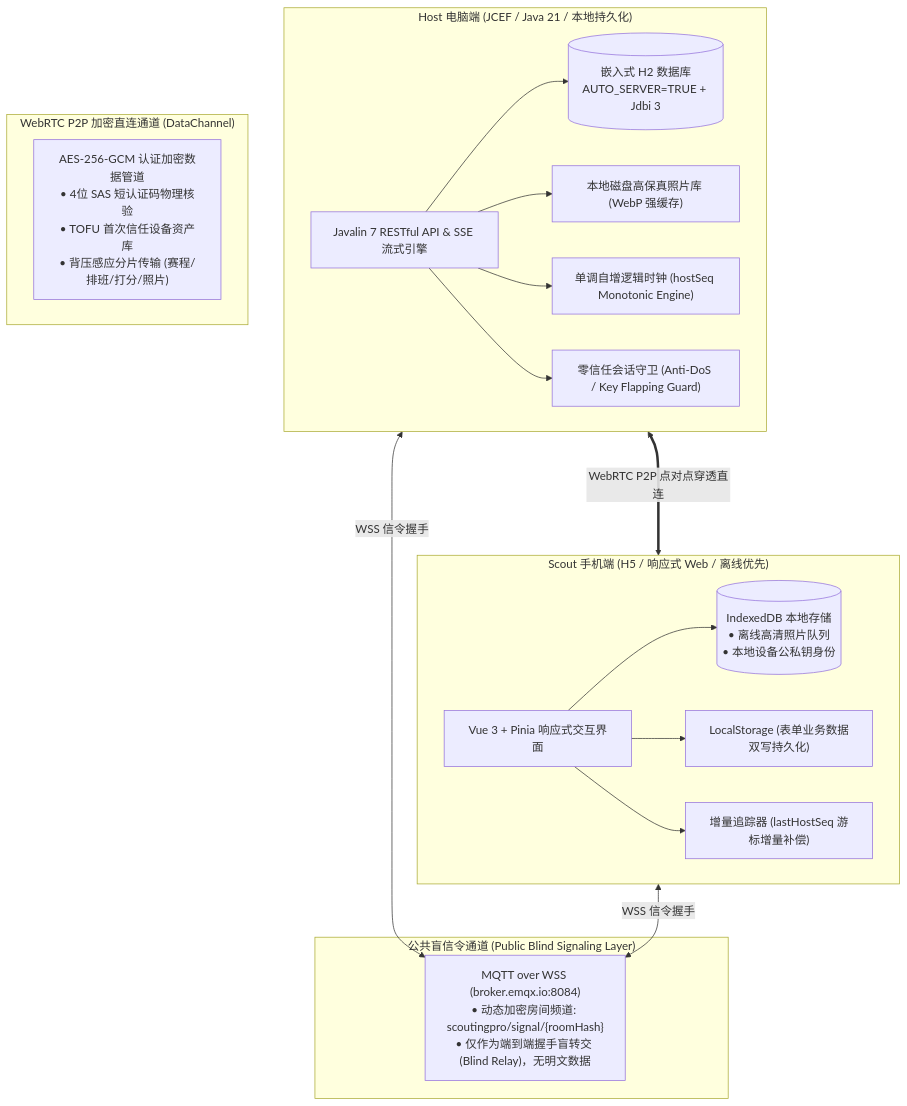
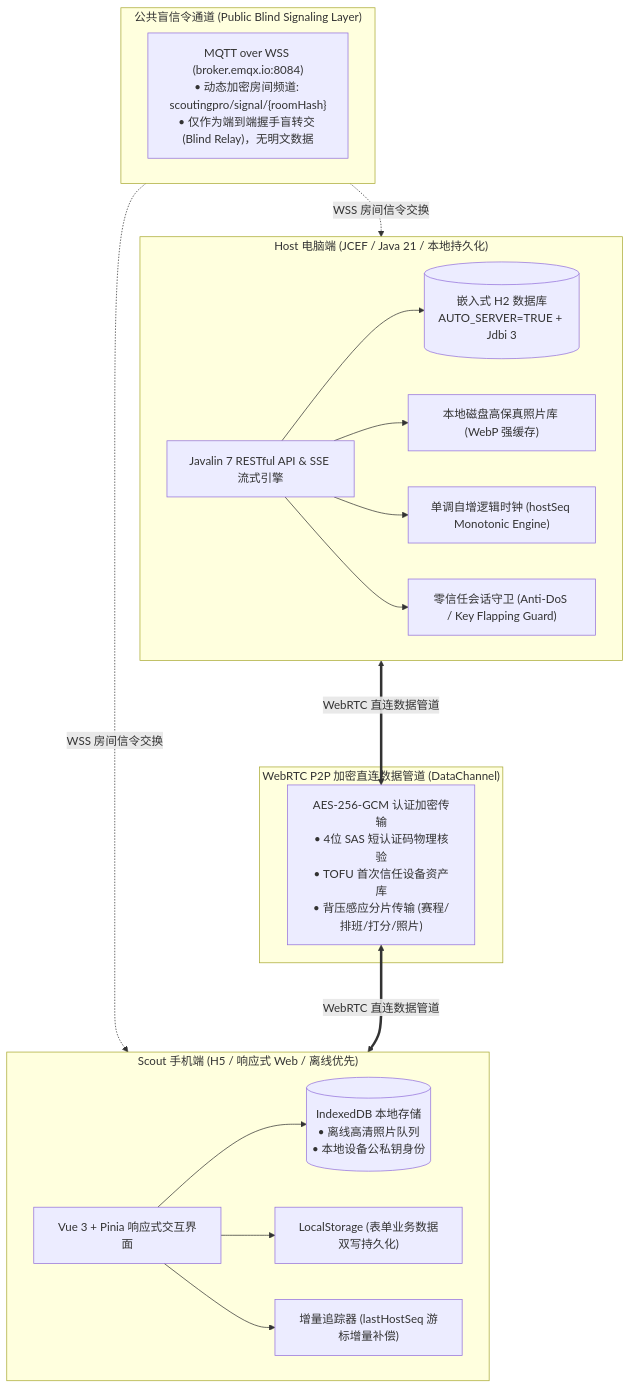
One commit to Lucalmz/ScoutingPro27 changed the first of 4 diagrams in README.md. Above: the diagram before and after it, drawn with Mermaid. The commit also changed other lines of this file and 4 other files, not shown here.

Commit message:
docs: 彻底解决 README 在 GitHub 上公式解析报错及图表在暗色模式和弱网环境下的显示异常

````diff
--- a/README.md
+++ b/README.md
@@ -213,38 +220,39 @@
 ```mermaid
-graph TB
-    subgraph SignalingLayer["公共盲信令通道 (Public Blind Signaling Layer)"]
+flowchart TB
+    subgraph Signaling["公共盲信令通道 (Public Blind Signaling Layer)"]
         MQTT["MQTT over WSS (broker.emqx.io:8084)<br/>• 动态加密房间频道: scoutingpro/signal/{roomHash}<br/>• 仅作为端到端握手盲转交 (Blind Relay)，无明文数据"]
     end
 
     subgraph HostApp["Host 电脑端 (JCEF / Java 21 / 本地持久化)"]
         Javalin["Javalin 7 RESTful API & SSE 流式引擎"]
         H2DB[("嵌入式 H2 数据库<br/>AUTO_SERVER=TRUE + Jdbi 3")]
         PhotoStorage["本地磁盘高保真照片库 (WebP 强缓存)"]
         HostSeqEngine["单调自增逻辑时钟 (hostSeq Monotonic Engine)"]
         HostSafety["零信任会话守卫 (Anti-DoS / Key Flapping Guard)"]
         
         Javalin --> H2DB
         Javalin --> PhotoStorage
         Javalin --> HostSeqEngine
         Javalin --> HostSafety
     end
 
-    subgraph P2PLink["WebRTC P2P 加密直连通道 (DataChannel)"]
-        DirectPipe["AES-256-GCM 认证加密数据管道<br/>• 4位 SAS 短认证码物理核验<br/>• TOFU 首次信任设备资产库<br/>• 背压感应分片传输 (赛程/排班/打分/照片)"]
+    subgraph P2PPipe["WebRTC P2P 加密直连数据管道 (DataChannel)"]
+        DirectPipe["AES-256-GCM 认证加密传输<br/>• 4位 SAS 短认证码物理核验<br/>• TOFU 首次信任设备资产库<br/>• 背压感应分片传输 (赛程/排班/打分/照片)"]
     end
 
     subgraph ClientNode["Scout 手机端 (H5 / 响应式 Web / 离线优先)"]
         ScoutUI["Vue 3 + Pinia 响应式交互界面"]
         IDBCache[("IndexedDB 本地存储<br/>• 离线高清照片队列<br/>• 本地设备公私钥身份")]
         LSCache["LocalStorage (表单业务数据双写持久化)"]
         CursorSync["增量追踪器 (lastHostSeq 游标增量补偿)"]
         
         ScoutUI --> IDBCache
         ScoutUI --> LSCache
         ScoutUI --> CursorSync
     end
 
-    HostApp <-->|WSS 信令握手| MQTT
-    ClientNode <-->|WSS 信令握手| MQTT
-    HostApp <===>|WebRTC P2P 点对点穿透直连| ClientNode
+    Signaling -.->|WSS 房间信令交换| HostApp
+    Signaling -.->|WSS 房间信令交换| ClientNode
+    HostApp <===>|WebRTC 直连数据管道| DirectPipe
+    DirectPipe <===>|WebRTC 直连数据管道| ClientNode
 ```
````
